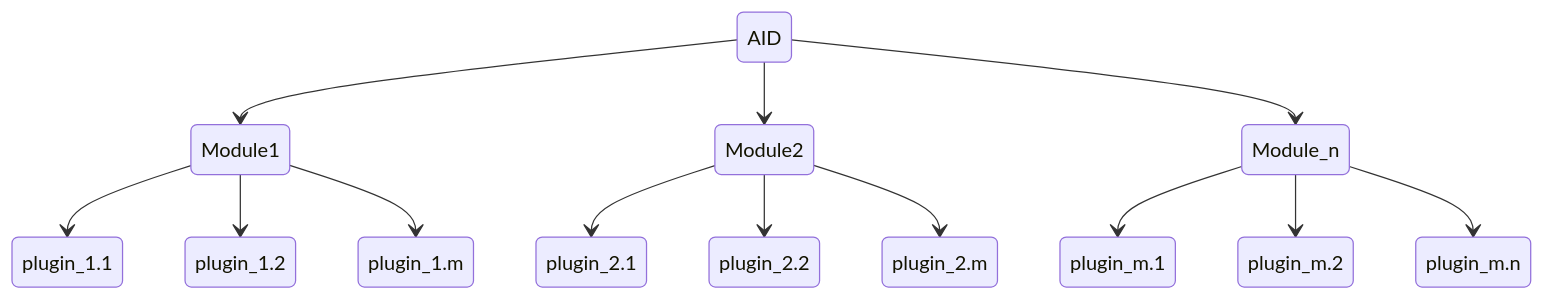
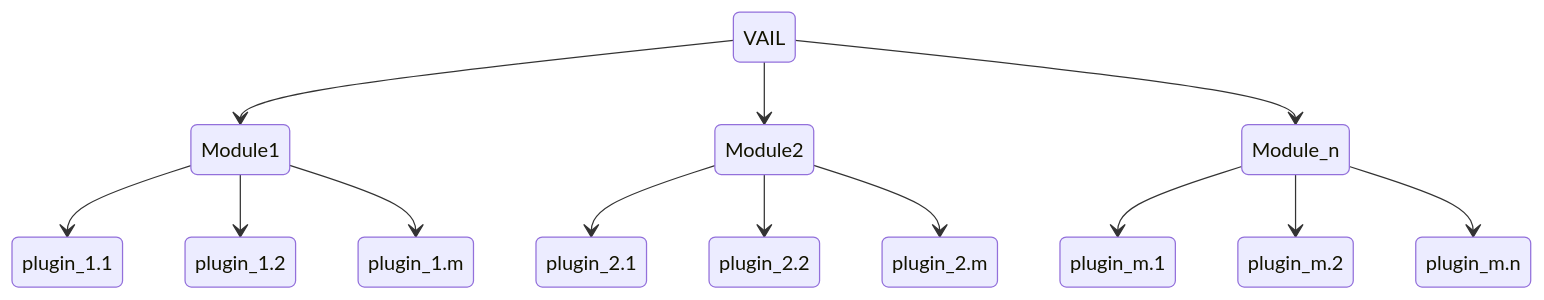
The diagram in README.md (AaltoPML/VAI-Lab), drawn with Mermaid before and after one commit. The commit also changed other lines of this file, not shown here.

````diff
--- a/README.md
+++ b/README.md
@@ -25,16 +25,16 @@
 ```mermaid
 stateDiagram-v2
 
-    AID --> Module1
-    AID --> Module2
-    AID --> Module_n
+    VAIL --> Module1
+    VAIL --> Module2
+    VAIL --> Module_n
     Module1 --> plugin_1.1
     Module1 --> plugin_1.2
     Module1 --> plugin_1.m
     Module2 --> plugin_2.1
     Module2 --> plugin_2.2
     Module2 --> plugin_2.m
     Module_n --> plugin_m.1
     Module_n --> plugin_m.2
     Module_n --> plugin_m.n
 ```
````
